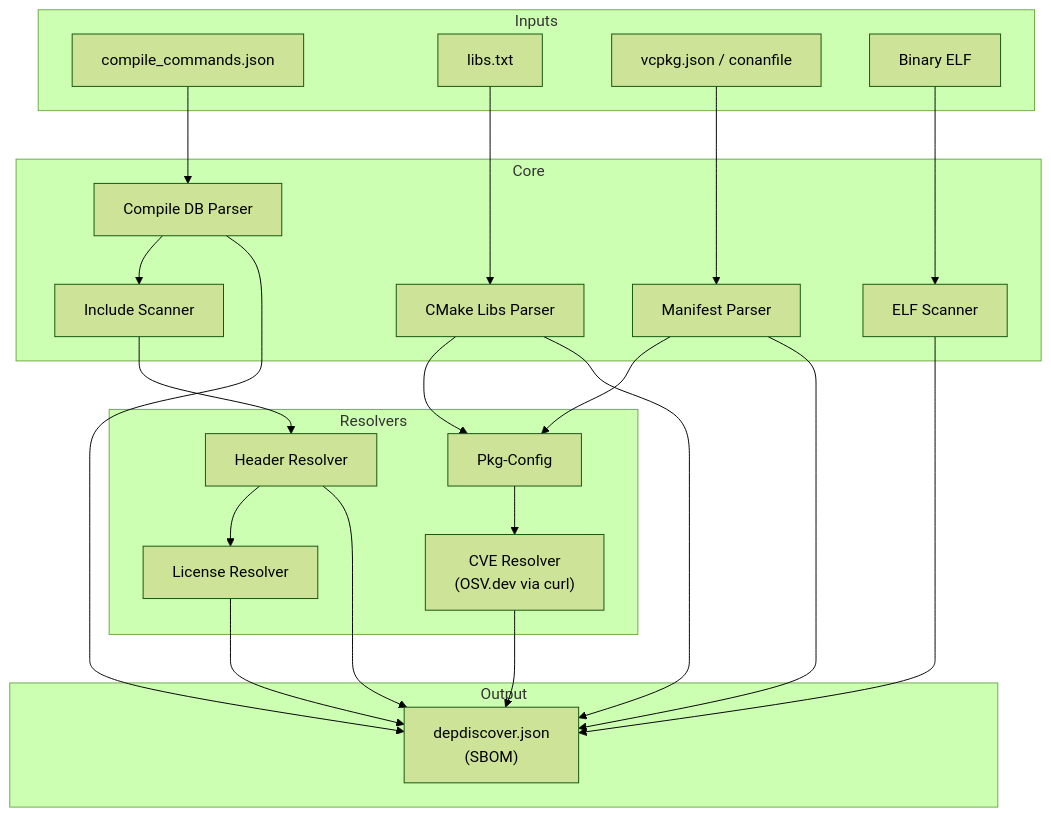
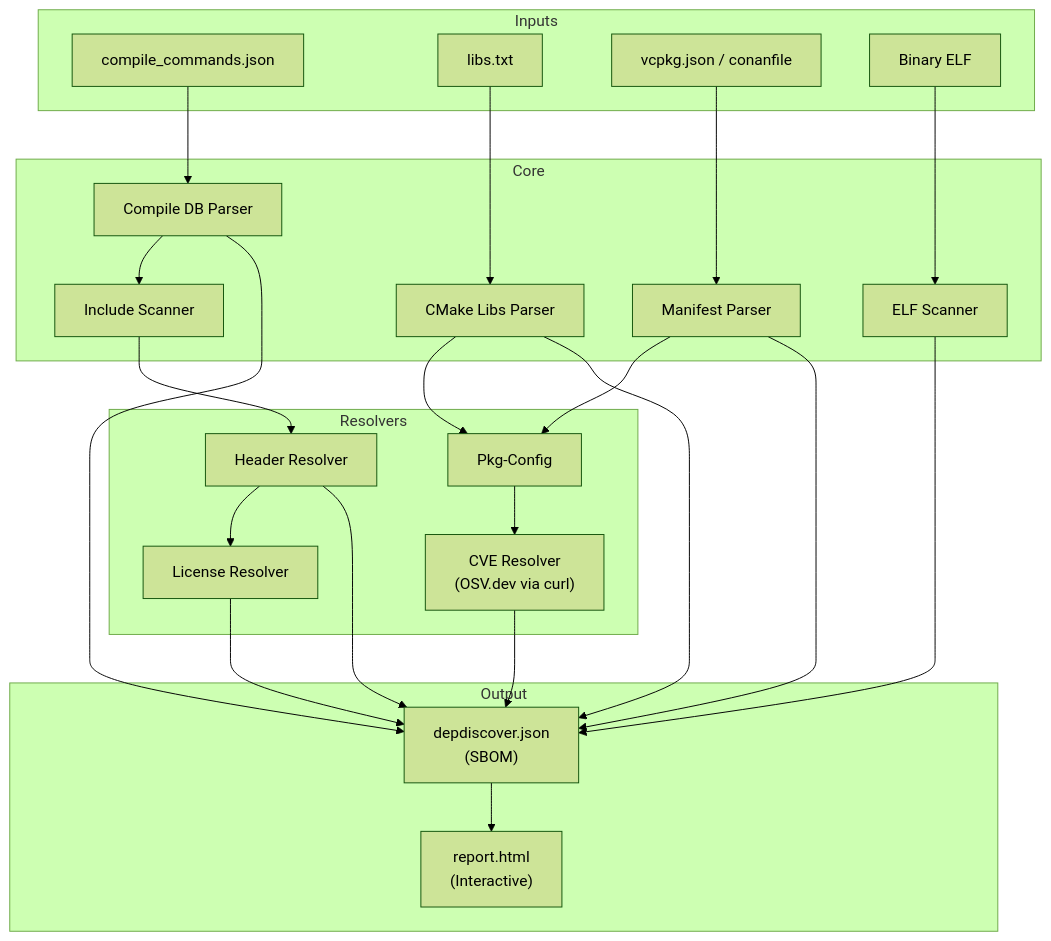
Before and after one commit to Zheng-Bote/depdiscover: the diagram in README.md, drawn with Mermaid (forest theme). The commit also changed other lines of this file and 12 other files, not shown here.

````diff
--- a/README.md
+++ b/README.md
@@ -43,44 +50,46 @@
 ```mermaid
 graph TD
     subgraph Inputs
         CC[compile_commands.json]
         LIBS[libs.txt]
         MAN[vcpkg.json / conanfile]
         BIN[Binary ELF]
     end
 
     subgraph Core
         P_CC[Compile DB Parser]
         P_CMAKE[CMake Libs Parser]
         P_MAN[Manifest Parser]
         S_ELF[ELF Scanner]
         S_INC[Include Scanner]
     end
 
     subgraph Resolvers
         R_HEAD[Header Resolver]
         R_PKG[Pkg-Config]
         R_LIC[License Resolver]
         R_CVE["CVE Resolver<br>(OSV.dev via curl)"]
     end
 
     subgraph Output
         JSON["depdiscover.json <br> (SBOM)"]
+        HTML["report.html <br> (Interactive)"]
     end
 
     CC --> P_CC
     LIBS --> P_CMAKE
     MAN --> P_MAN
     BIN --> S_ELF
 
     P_CC --> S_INC
     S_INC --> R_HEAD
 
     P_MAN --> R_PKG
     P_CMAKE --> R_PKG
 
     R_HEAD --> R_LIC
     R_PKG --> R_CVE
 
     P_CC & P_CMAKE & P_MAN & S_ELF & R_HEAD & R_LIC & R_CVE --> JSON
+    JSON --> HTML
 ```
````
